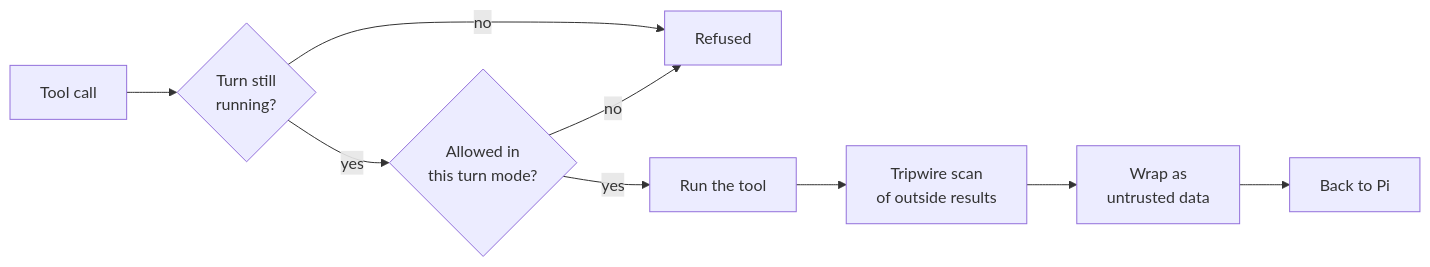
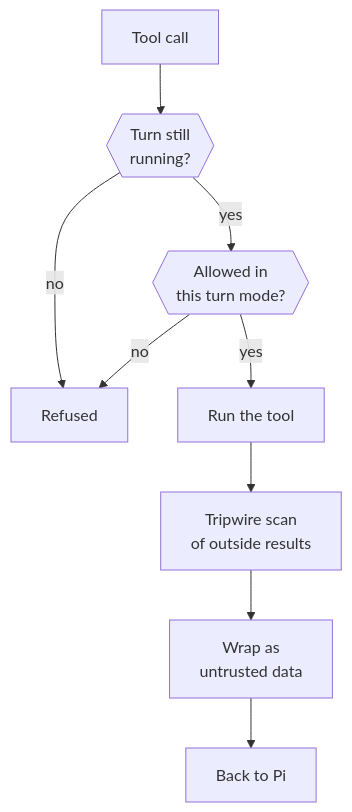
The diagram in docs/src/content/docs/how-it-works/agent-runtime.md (n8n-io/nod), drawn with Mermaid before and after one commit. The commit also changed 54 other files, not shown here.

````diff
--- a/docs/src/content/docs/how-it-works/agent-runtime.md
+++ b/docs/src/content/docs/how-it-works/agent-runtime.md
@@ -74,11 +74,11 @@
 ```mermaid
-flowchart LR
-  call[Tool call] --> live{Turn still<br/>running?}
+flowchart TD
+  call[Tool call] --> live{{Turn still<br/>running?}}
   live -- no --> refuse[Refused]:::stop
-  live -- yes --> mode{Allowed in<br/>this turn mode?}
+  live -- yes --> mode{{Allowed in<br/>this turn mode?}}
   mode -- no --> refuse
   mode -- yes --> run[Run the tool]:::go
   run --> scan[Tripwire scan<br/>of outside results]
   scan --> wrap[Wrap as<br/>untrusted data]
   wrap --> pi[Back to Pi]:::accent
 ```
````
